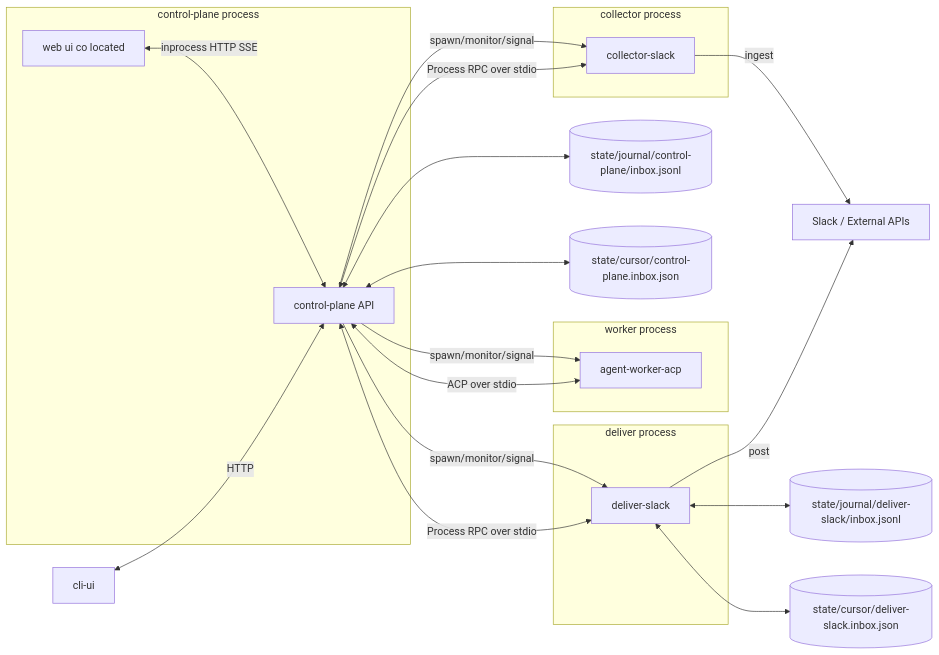
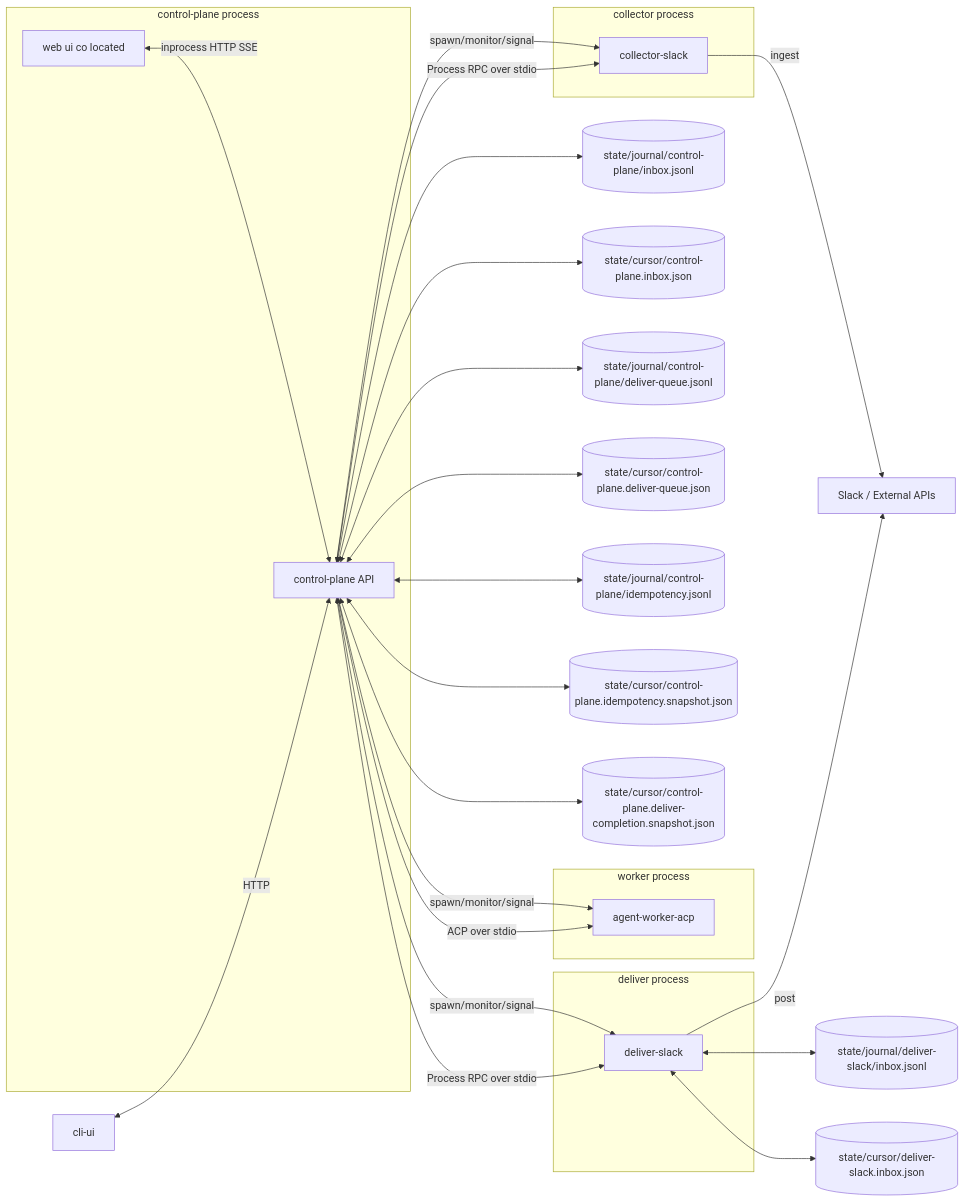
The second of 4 diagrams in doc/spec.md (masahide/adjutant), drawn with Mermaid before and after one commit. The commit also changed other lines of this file and 13 other files, not shown here.

````diff
--- a/doc/spec.md
+++ b/doc/spec.md
@@ -548,44 +548,54 @@
 ```mermaid
 flowchart LR
   subgraph CPG[control-plane process]
     CP[control-plane API]
     WEB[web ui co located]
   end
 
   subgraph COL[collector process]
     C[collector-slack]
   end
 
   subgraph WRK[worker process]
     AW[agent-worker-acp]
   end
 
   subgraph DLV[deliver process]
     D[deliver-slack]
   end
 
   CLI[cli-ui]
   CPJ[(state/journal/control-plane/inbox.jsonl)]
   DJ[(state/journal/deliver-slack/inbox.jsonl)]
   CPCUR[(state/cursor/control-plane.inbox.json)]
   DCUR[(state/cursor/deliver-slack.inbox.json)]
+  CPDQ[(state/journal/control-plane/deliver-queue.jsonl)]
+  CPDQC[(state/cursor/control-plane.deliver-queue.json)]
+  CPIDC[(state/journal/control-plane/idempotency.jsonl)]
+  CPIDS[(state/cursor/control-plane.idempotency.snapshot.json)]
+  CPDCS[(state/cursor/control-plane.deliver-completion.snapshot.json)]
   SVC[Slack / External APIs]
 
   CP -->|spawn/monitor/signal| C
   CP -->|spawn/monitor/signal| AW
   CP -->|spawn/monitor/signal| D
 
   CP <-- ACP over stdio --> AW
   C <-- Process RPC over stdio --> CP
   D <-- Process RPC over stdio --> CP
   WEB <-- inprocess HTTP SSE --> CP
   CLI <-- HTTP --> CP
 
   CP <--> CPJ
   D <--> DJ
   CP <--> CPCUR
   D <--> DCUR
+  CP <--> CPDQ
+  CP <--> CPDQC
+  CP <--> CPIDC
+  CP <--> CPIDS
+  CP <--> CPDCS
 
   C -->|ingest| SVC
   D -->|post| SVC
 ```
````
